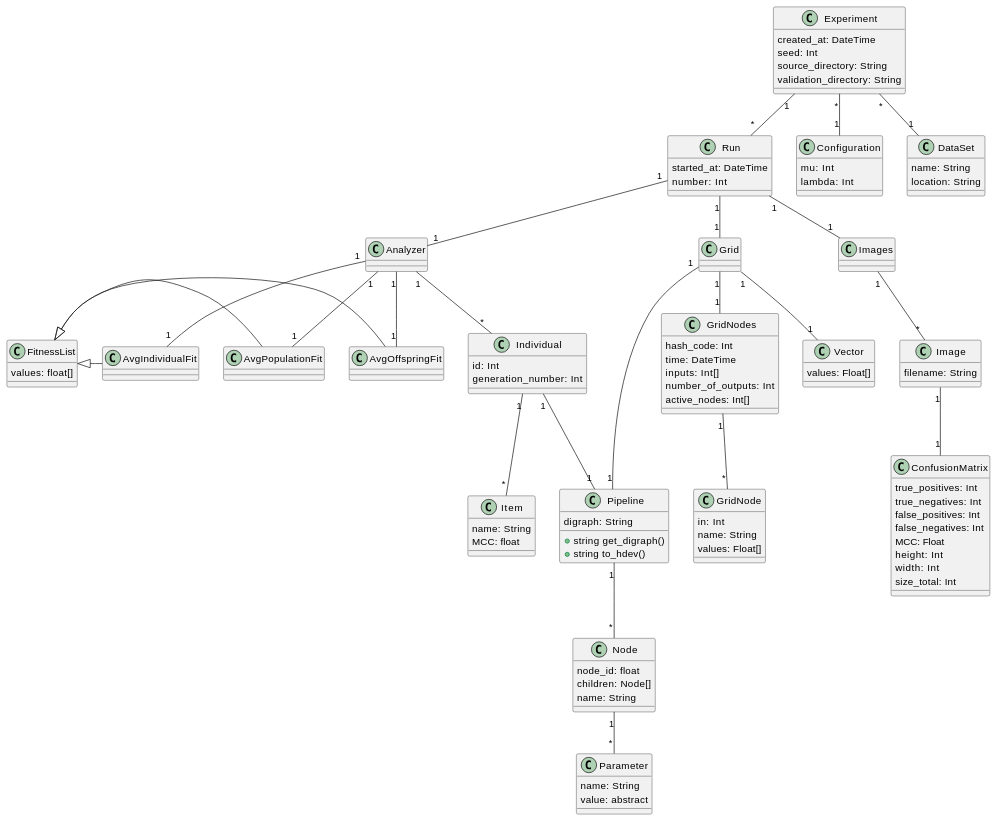
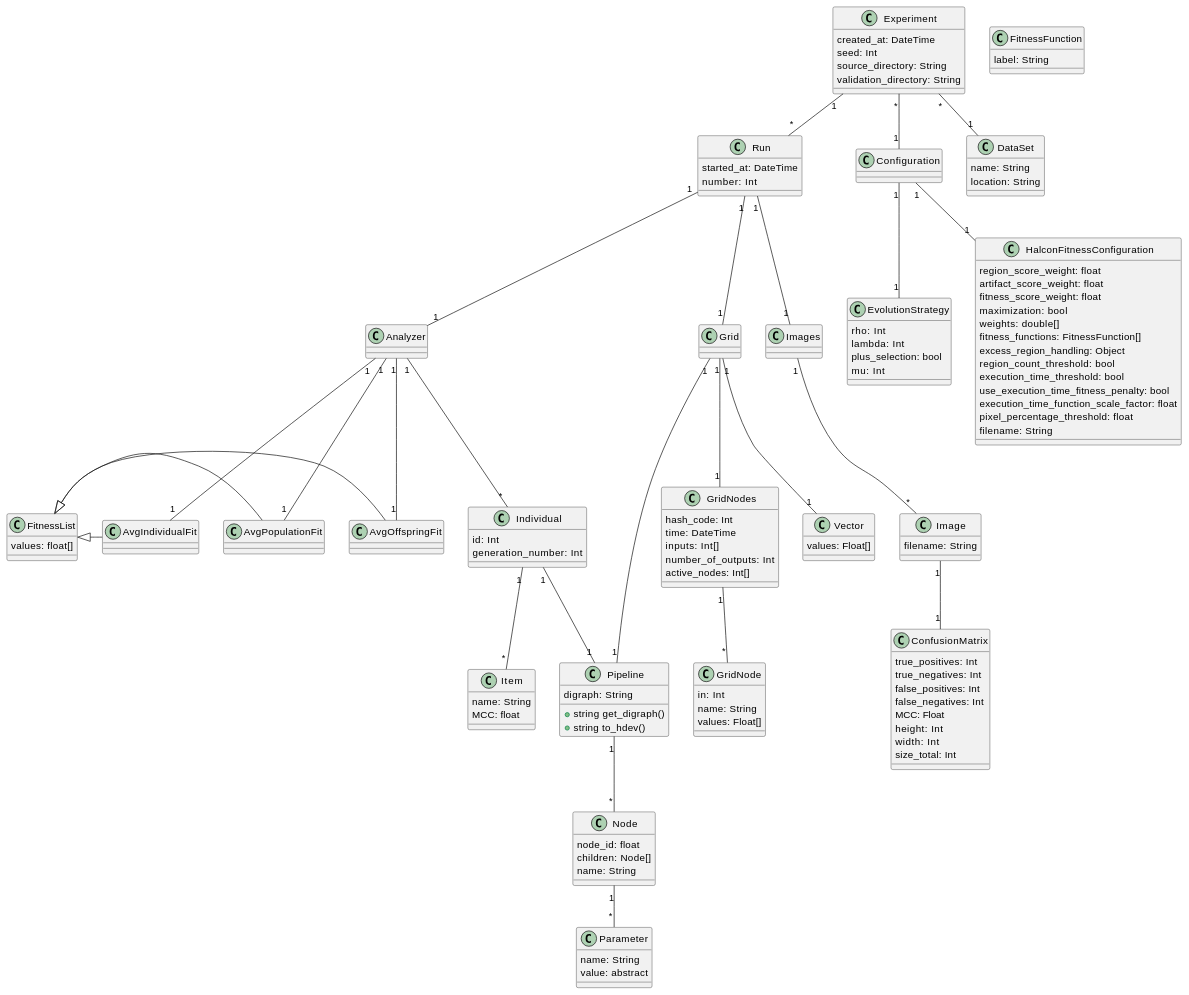
The diagram in diagrams/DataModel.md (anmarchio/experiments), drawn with PlantUML before and after one commit.

```diff
--- a/diagrams/DataModel.md
+++ b/diagrams/DataModel.md
@@ -15,9 +15,33 @@
   number: Int
 }
 
-class Configuration {
+class Configuration 
+
+class EvolutionStrategy {
+  rho: Int
+  lambda: Int
+  plus_selection: bool
   mu: Int
-  lambda: Int
+}
+
+class HalconFitnessConfiguration {
+  region_score_weight: float
+  artifact_score_weight: float
+  fitness_score_weight: float
+  maximization: bool
+  weights: double[]
+  fitness_functions: FitnessFunction[]
+  excess_region_handling: Object
+  region_count_threshold: bool
+  execution_time_threshold: bool
+  use_execution_time_fitness_penalty: bool
+  execution_time_function_scale_factor: float
+  pixel_percentage_threshold: float
+  filename: String
+}
+
+class FitnessFunction {
+  label: String
 }
 
 class DataSet {
@@ -105,6 +129,9 @@
 FitnessList <|- AvgPopulationFit
 FitnessList <|- AvgIndividualFit
 
+Configuration "1" -- "1" HalconFitnessConfiguration
+Configuration "1" -- "1" EvolutionStrategy
+
 Analyzer "1" -- "1" AvgOffspringFit 
 Analyzer "1" -- "1" AvgPopulationFit
 Analyzer "1" -- "1" AvgIndividualFit
```
